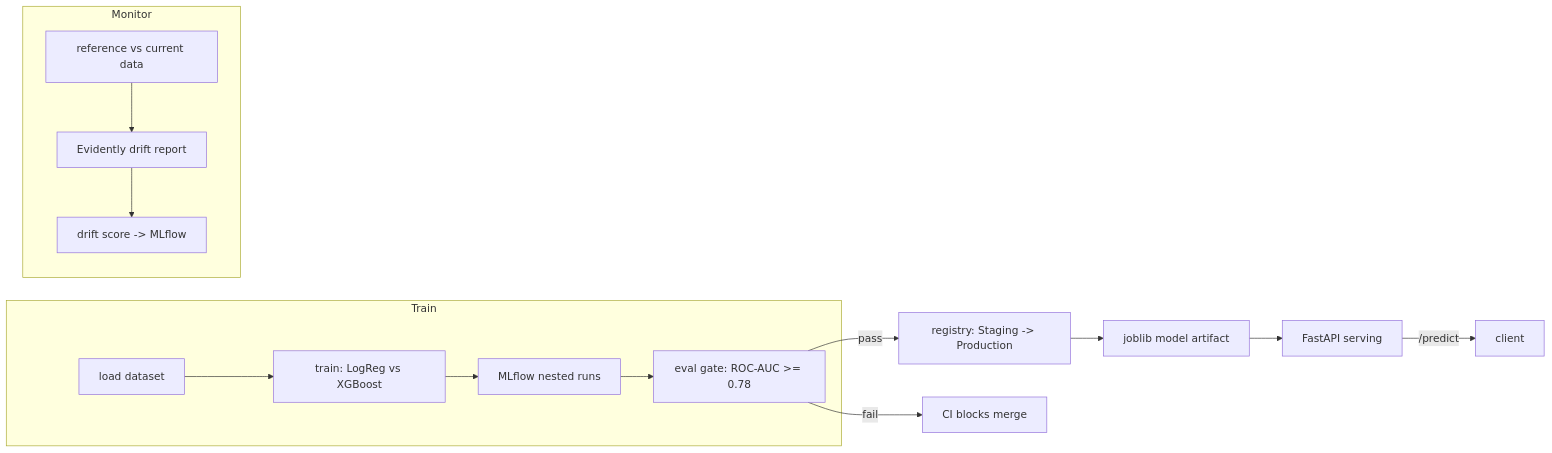
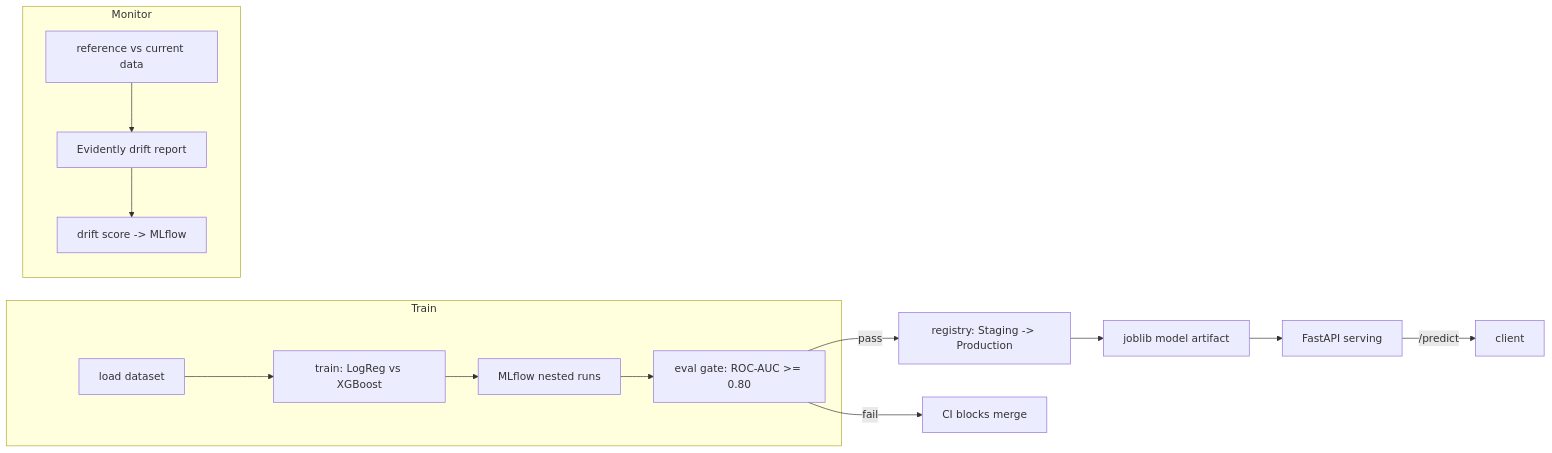
Before and after one commit to kalyan-venk/PredictOps: the diagram in README.md, drawn with Mermaid. The commit also changed other lines of this file and 2 other files, not shown here.

Commit message:
Align eval gate + drift metric with resume claims: ROC-AUC gate at 0.80, real per-feature PSI via Evidently

````diff
--- a/README.md
+++ b/README.md
@@ -33,17 +33,17 @@
 ```mermaid
 flowchart LR
     subgraph Train
         A[load dataset] --> B[train: LogReg vs XGBoost]
         B --> C[MLflow nested runs]
-        C --> D[eval gate: ROC-AUC >= 0.78]
+        C --> D[eval gate: ROC-AUC >= 0.80]
     end
     D -->|pass| E[registry: Staging -> Production]
     D -->|fail| X[CI blocks merge]
     E --> F[joblib model artifact]
     F --> G[FastAPI serving]
     G -->|/predict| H[client]
     subgraph Monitor
         I[reference vs current data] --> J[Evidently drift report]
         J --> K[drift score -> MLflow]
     end
 ```
````
